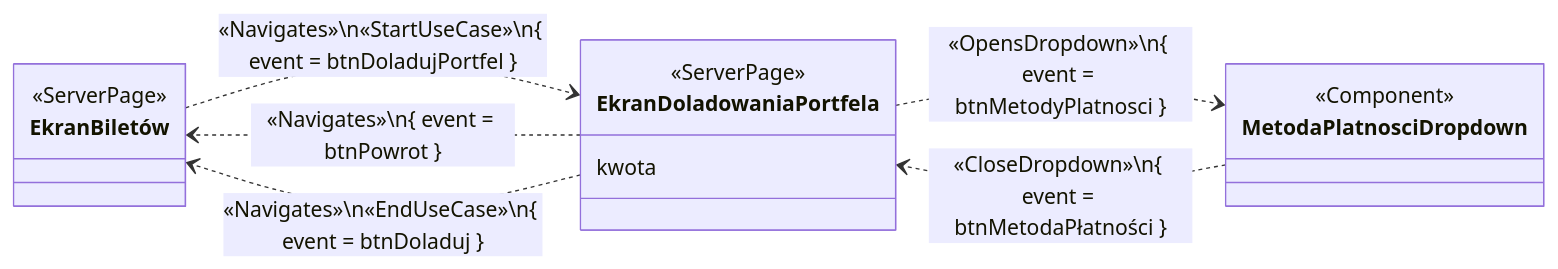
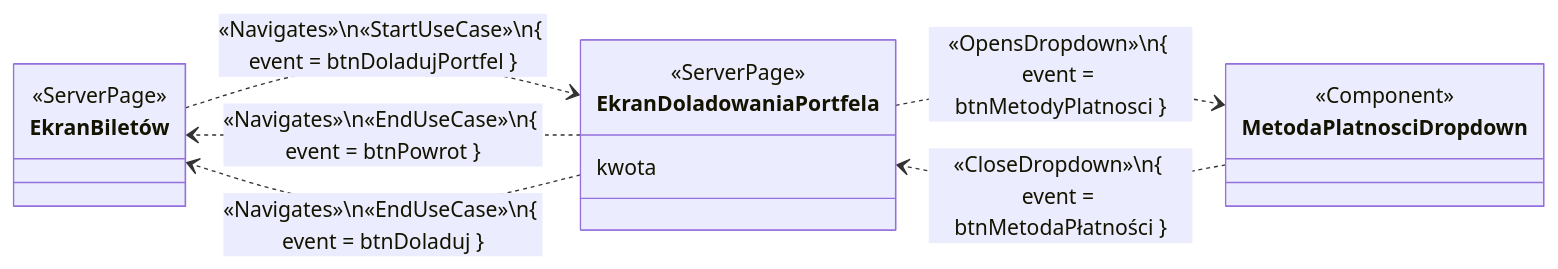
The eighth of 9 diagrams in documentation/course/E1.md (PWR-ACS-SE-24/SoftwareSystemDesign), drawn with Mermaid before and after one commit.

````diff
--- a/documentation/course/E1.md
+++ b/documentation/course/E1.md
@@ -800,15 +800,15 @@
 ```mermaid
 classDiagram
     direction LR
     class EkranBiletów { <<ServerPage>> }
     class EkranDoladowaniaPortfela { 
         <<ServerPage>>
         kwota }
     class MetodaPlatnosciDropdown { <<Component>> }
 
     EkranBiletów ..> EkranDoladowaniaPortfela: «Navigates»\n«StartUseCase»\n{ event = btnDoladujPortfel }
     EkranDoladowaniaPortfela ..> MetodaPlatnosciDropdown: «OpensDropdown»\n{ event = btnMetodyPlatnosci }
     MetodaPlatnosciDropdown ..> EkranDoladowaniaPortfela: «CloseDropdown»\n{ event = btnMetodaPłatności }
-    EkranDoladowaniaPortfela ..> EkranBiletów: «Navigates»\n{ event = btnPowrot }
+    EkranDoladowaniaPortfela ..> EkranBiletów: «Navigates»\n«EndUseCase»\n{ event = btnPowrot }
     EkranDoladowaniaPortfela ..> EkranBiletów: «Navigates»\n«EndUseCase»\n{ event = btnDoladuj }
 ```
````
